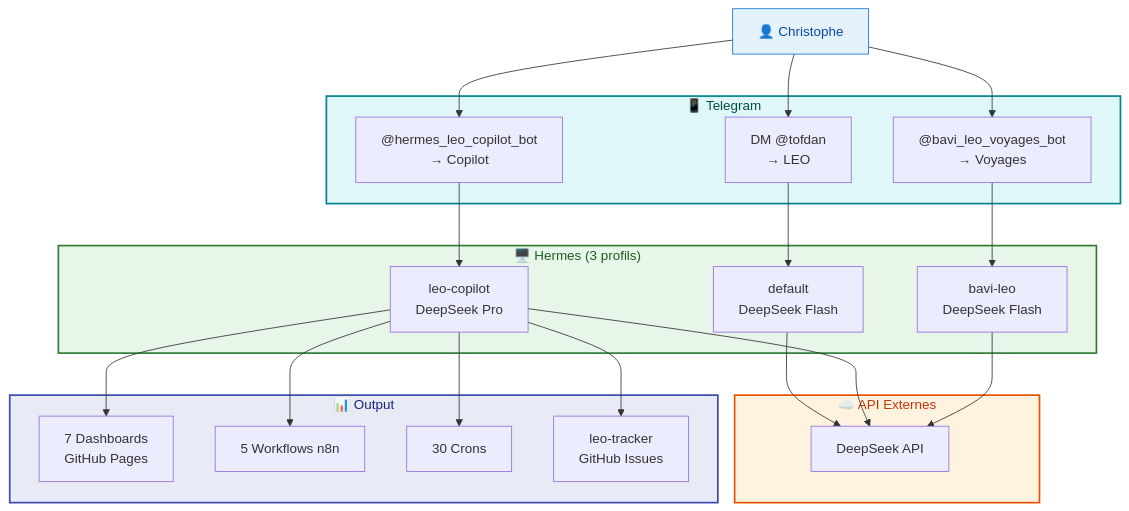
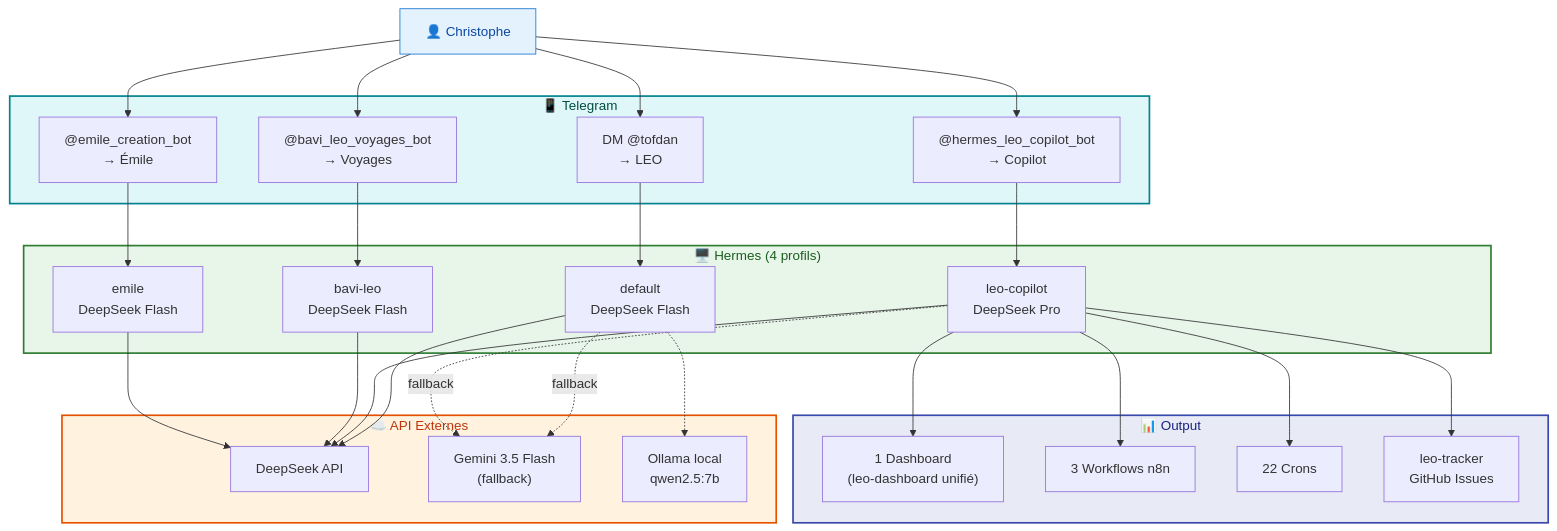
The fifth of 5 diagrams in docs/hermes/architecture-communication.md (christophedanhier-hash/hermes-wiki), drawn with Mermaid before and after one commit. The commit also changed other lines of this file and 3 other files, not shown here.

Commit message:
fix: audit complet wiki — 25 incohérences corrigées (architecture, bots, etat-lieux, dashboards, doc-map)

````diff
--- a/docs/hermes/architecture-communication.md
+++ b/docs/hermes/architecture-communication.md
@@ -186,50 +199,61 @@
 ```mermaid
 flowchart TB
     User["👤 Christophe"]
 
     subgraph TELEGRAM["📱 Telegram"]
         DM["DM @tofdan<br/>→ LEO"]
         COP["@hermes_leo_copilot_bot<br/>→ Copilot"]
         VOY["@bavi_leo_voyages_bot<br/>→ Voyages"]
+        EMI["@emile_creation_bot<br/>→ Émile"]
     end
 
-    subgraph HERMES["🖥️ Hermes (3 profils)"]
+    subgraph HERMES["🖥️ Hermes (4 profils)"]
         DEF["default<br/>DeepSeek Flash"]
         LCP["leo-copilot<br/>DeepSeek Pro"]
         BAV["bavi-leo<br/>DeepSeek Flash"]
+        EMILE["emile<br/>DeepSeek Flash"]
     end
 
     subgraph API["☁️ API Externes"]
         DS["DeepSeek API"]
+        GEM["Gemini 3.5 Flash<br/>(fallback)"]
+        OLL["Ollama local<br/>qwen2.5:7b"]
     end
 
     subgraph OUTPUT["📊 Output"]
-        DASH["7 Dashboards<br/>GitHub Pages"]
-        N8N["5 Workflows n8n"]
-        CRON["30 Crons"]
+        DASH["1 Dashboard<br/>(leo-dashboard unifié)"]
+        N8N["3 Workflows n8n"]
+        CRON["22 Crons"]
         ISSUES["leo-tracker<br/>GitHub Issues"]
     end
 
     User --> DM
     User --> COP
     User --> VOY
+    User --> EMI
 
     DM --> DEF
     COP --> LCP
     VOY --> BAV
+    EMI --> EMILE
 
     DEF --> DS
     LCP --> DS
     BAV --> DS
+    EMILE --> DS
+
+    DEF -.->|"fallback"| GEM
+    DEF -.-> OLL
+    LCP -.->|"fallback"| GEM
 
     LCP --> DASH
     LCP --> N8N
     LCP --> CRON
     LCP --> ISSUES
 
     style User fill:#e3f2fd,stroke:#1976d2,color:#0d47a1
     style TELEGRAM fill:#e0f7fa,stroke:#00838f,stroke-width:2px,color:#004d40
     style HERMES fill:#e8f5e9,stroke:#2e7d32,stroke-width:2px,color:#1b5e20
     style API fill:#fff3e0,stroke:#e65100,stroke-width:2px,color:#bf360c
     style OUTPUT fill:#e8eaf6,stroke:#3949ab,stroke-width:2px,color:#1a237e
 ```
````
